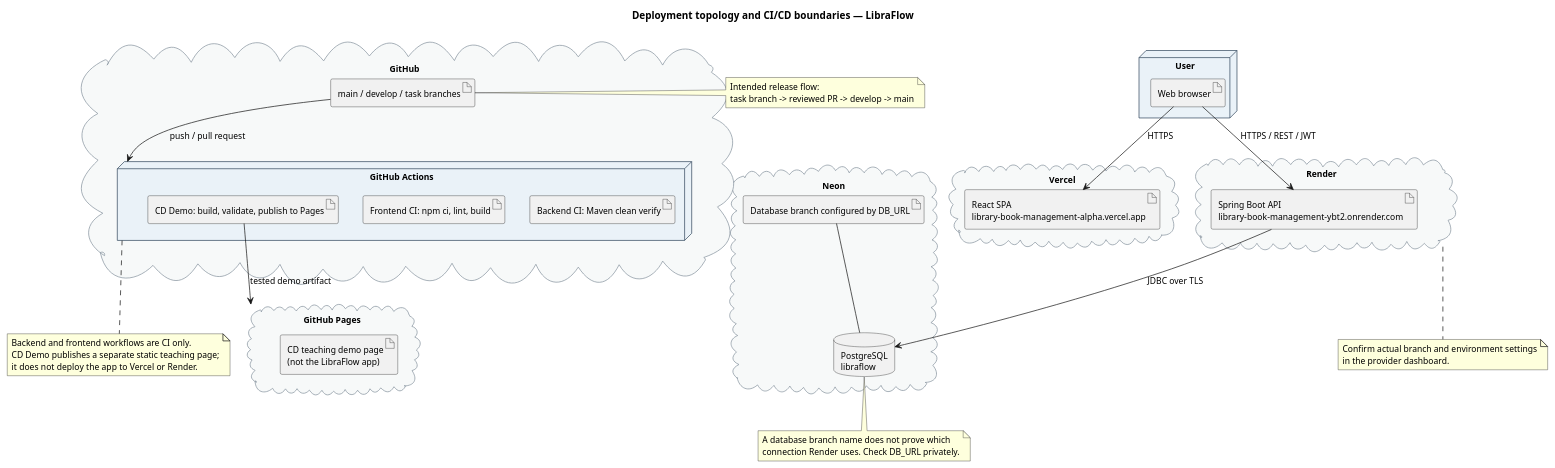
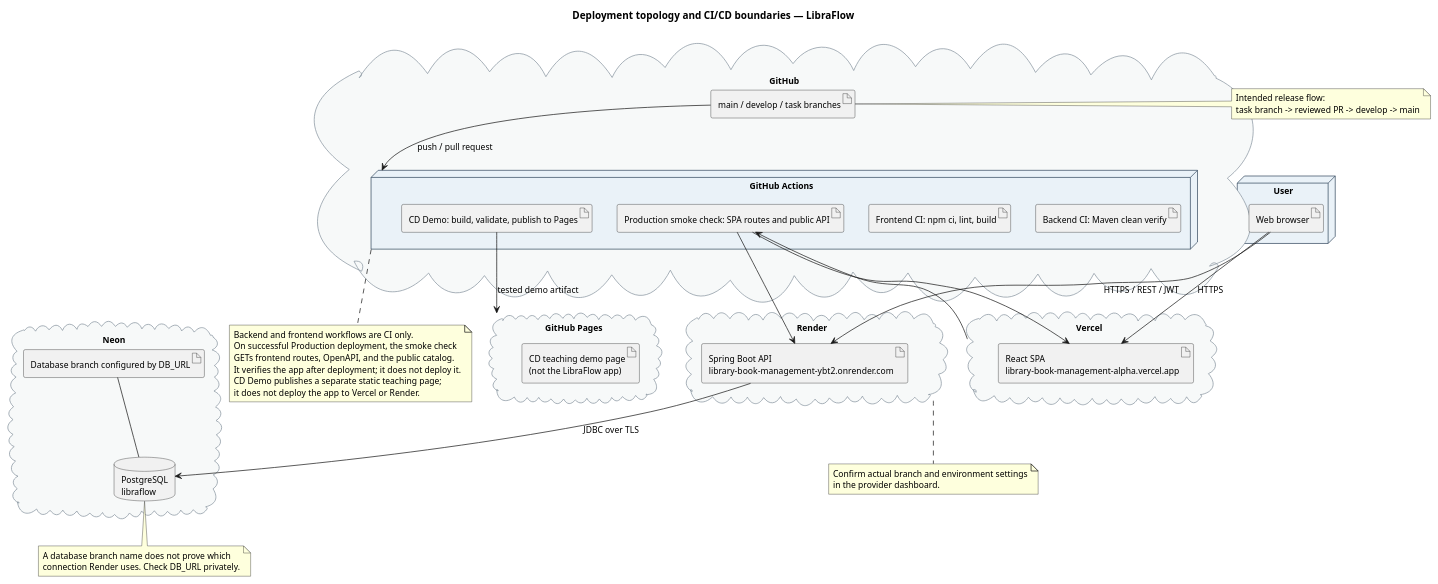
One commit to boatrocl/library_book_management changed the diagram in doc/diagrams/13-deployment-diagram.puml. Above: the diagram before and after it, drawn with PlantUML. The commit also changed 6 other files, not shown here.

```diff
--- a/doc/diagrams/13-deployment-diagram.puml
+++ b/doc/diagrams/13-deployment-diagram.puml
@@ -1,74 +1,81 @@
 @startuml 13-deployment-diagram
 title Deployment topology and CI/CD boundaries — LibraFlow
 
 skinparam defaultFontName "Tahoma"
 skinparam defaultFontSize 12
 skinparam shadowing false
 skinparam node {
   BackgroundColor #EAF2F8
   BorderColor #34495E
 }
 skinparam cloud {
   BackgroundColor #F7F9F9
   BorderColor #85929E
 }
 
 node "User" as CLIENT {
   artifact "Web browser" as BROWSER
 }
 
 cloud "Vercel" as VERCEL {
   artifact "React SPA\nlibrary-book-management-alpha.vercel.app" as FRONTEND
 }
 
 cloud "Render" as RENDER {
   artifact "Spring Boot API\nlibrary-book-management-ybt2.onrender.com" as BACKEND
 }
 
 cloud "Neon" as NEON {
   database "PostgreSQL\nlibraflow" as DB
   artifact "Database branch configured by DB_URL" as NEON_BRANCH
 }
 
 cloud "GitHub" as GITHUB {
   artifact "main / develop / task branches" as REPO
   node "GitHub Actions" as CI {
     artifact "Backend CI: Maven clean verify" as BACKEND_CI
     artifact "Frontend CI: npm ci, lint, build" as FRONTEND_CI
+    artifact "Production smoke check: SPA routes and public API" as PROD_SMOKE
     artifact "CD Demo: build, validate, publish to Pages" as DEMO_CI_CD
   }
 }
 
 cloud "GitHub Pages" as PAGES {
   artifact "CD teaching demo page\n(not the LibraFlow app)" as DEMO_PAGE
 }
 
 BROWSER --> FRONTEND : HTTPS
 BROWSER --> BACKEND : HTTPS / REST / JWT
 BACKEND --> DB : JDBC over TLS
 NEON_BRANCH -- DB
 REPO --> CI : push / pull request
 DEMO_CI_CD --> PAGES : tested demo artifact
+VERCEL --> PROD_SMOKE
+PROD_SMOKE --> FRONTEND
+PROD_SMOKE --> BACKEND
 
 note right of REPO
   Intended release flow:
   task branch -> reviewed PR -> develop -> main
 end note
 
 note bottom of CI
   Backend and frontend workflows are CI only.
+  On successful Production deployment, the smoke check
+  GETs frontend routes, OpenAPI, and the public catalog.
+  It verifies the app after deployment; it does not deploy it.
   CD Demo publishes a separate static teaching page;
   it does not deploy the app to Vercel or Render.
 end note
 
 note bottom of RENDER
   Confirm actual branch and environment settings
   in the provider dashboard.
 end note
 
 note bottom of DB
   A database branch name does not prove which
   connection Render uses. Check DB_URL privately.
 end note
 
 @enduml
```
